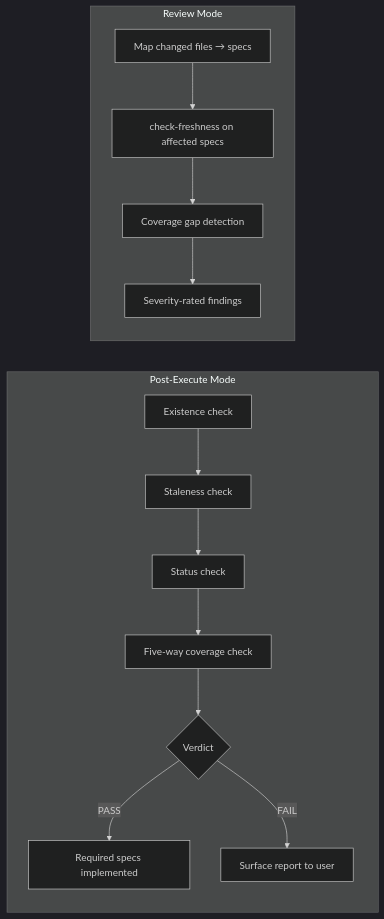
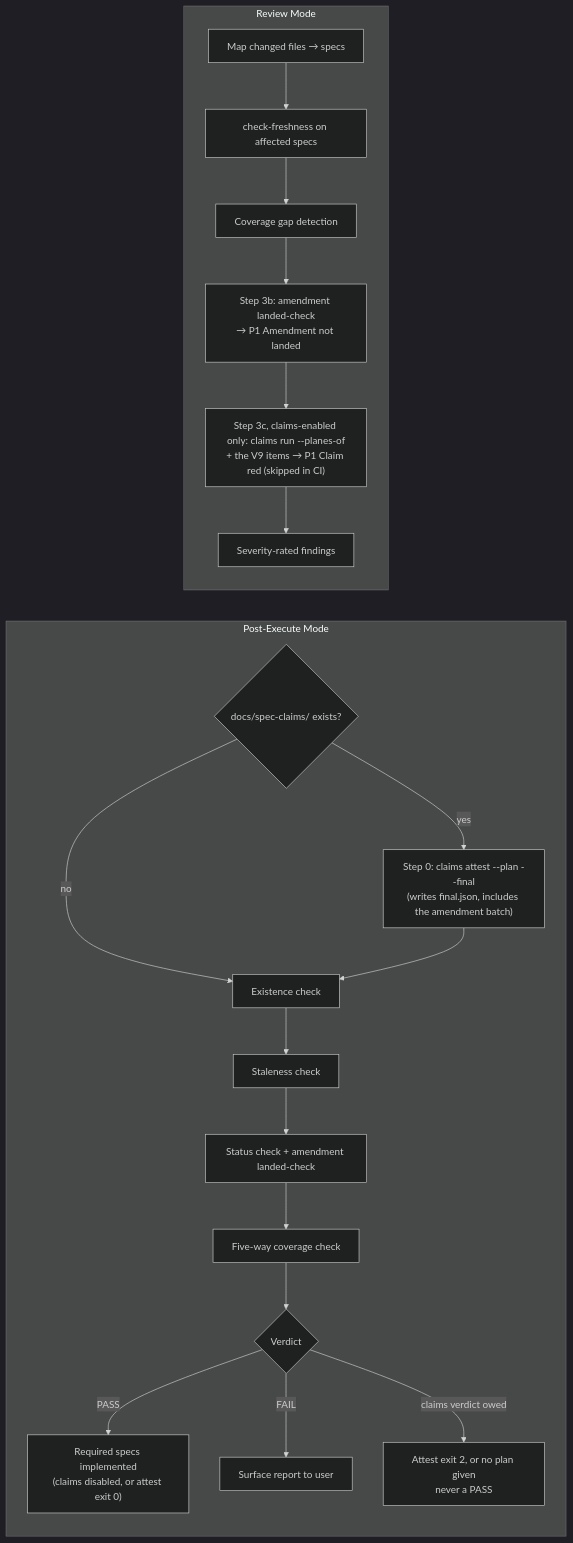
One commit to woodrowpearson/doc-superpowers changed the eighth of 11 diagrams in docs/workflows/doc-superpowers.md. Above: the diagram before and after it, drawn with Mermaid (dark theme). The commit also changed other lines of this file, not shown here.

First line of the commit message:
docs(workflows): claims-era flows, artifacts, state, gates (U15, U16)

````diff
--- a/docs/workflows/doc-superpowers.md
+++ b/docs/workflows/doc-superpowers.md
@@ -682,16 +711,22 @@
 ```mermaid
 flowchart LR
   subgraph PE["Post-Execute Mode"]
-    A["Existence check"] --> B["Staleness check"]
-    B --> C["Status check"]
+    A0{"docs/spec-claims/ exists?"} -->|yes| A1["Step 0: claims attest --plan --final<br>(writes final.json, includes the amendment batch)"]
+    A0 -->|no| A["Existence check"]
+    A1 --> A
+    A --> B["Staleness check"]
+    B --> C["Status check + amendment landed-check"]
     C --> D["Five-way coverage check"]
     D --> E{Verdict}
-    E -->|PASS| F["Required specs implemented"]
+    E -->|PASS| F["Required specs implemented<br>(claims disabled, or attest exit 0)"]
     E -->|FAIL| G["Surface report to user"]
+    E -->|claims verdict owed| G2["Attest exit 2, or no plan given<br>never a PASS"]
   end
   subgraph RM["Review Mode"]
     H["Map changed files → specs"] --> I["check-freshness on affected specs"]
     I --> J["Coverage gap detection"]
-    J --> K["Severity-rated findings"]
+    J --> J2["Step 3b: amendment landed-check<br>→ P1 Amendment not landed"]
+    J2 --> J3["Step 3c, claims-enabled only: claims run --planes-of<br>+ the V9 items → P1 Claim red (skipped in CI)"]
+    J3 --> K["Severity-rated findings"]
   end
 ```
````
